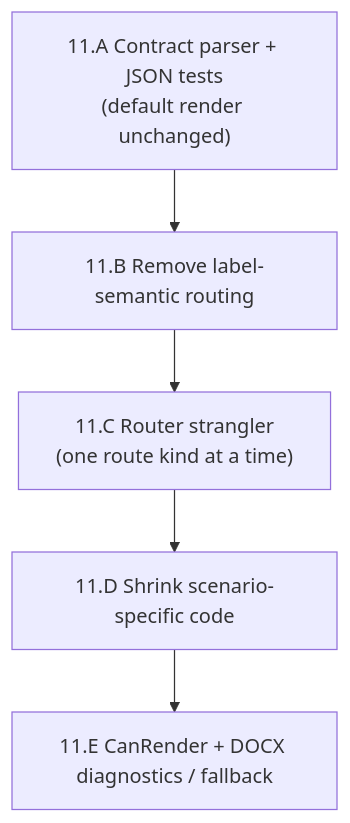
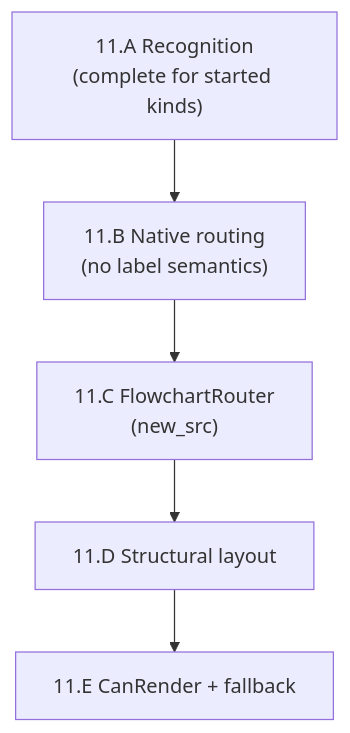
One commit to VaderConsulting/MarkdownToDocX changed the third of 12 diagrams in spec.md. Above: the diagram before and after it, drawn with Mermaid. The commit also changed other lines of this file and 743 other files, not shown here.

First line of the commit message:
Add multi-kind recognition at L4, native flowchart render pilot, and truthfulness gates.

````diff
--- a/spec.md
+++ b/spec.md
@@ -1683,10 +2175,10 @@
 ```mermaid
 flowchart TB
-  A["11.A Contract parser + JSON tests\n(default render unchanged)"]
-  B["11.B Remove label-semantic routing"]
-  C["11.C Router strangler\n(one route kind at a time)"]
-  D["11.D Shrink scenario-specific code"]
-  E["11.E CanRender + DOCX diagnostics / fallback"]
+  A["11.A Recognition\n(complete for started kinds)"]
+  B["11.B Native routing\n(no label semantics)"]
+  C["11.C FlowchartRouter\n(new_src)"]
+  D["11.D Structural layout"]
+  E["11.E CanRender + fallback"]
 
   A --> B --> C --> D --> E
 ```
````
